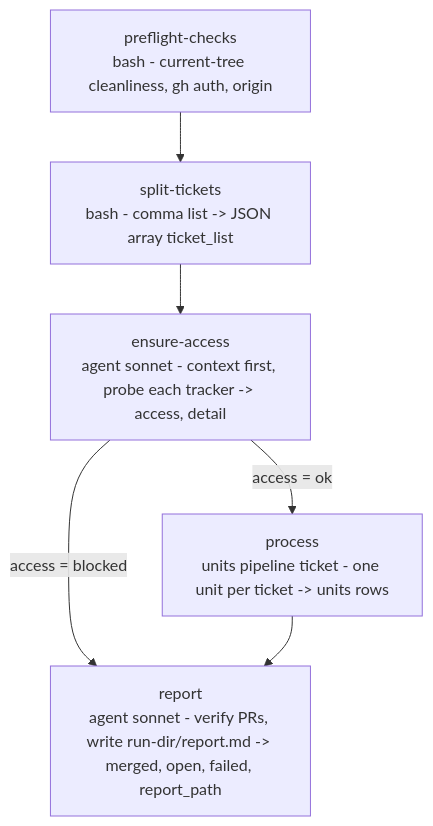
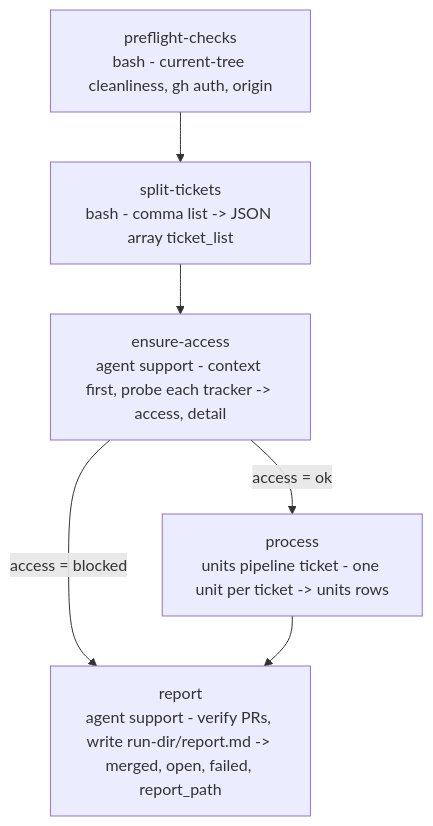
Before and after one commit to e1024kb/wise-claude: the diagram in plugins/wise/workflows/ticket-auto/README.md, drawn with Mermaid. The commit also changed other lines of this file and 70 other files, not shown here.

````diff
--- a/plugins/wise/workflows/ticket-auto/README.md
+++ b/plugins/wise/workflows/ticket-auto/README.md
@@ -66,8 +66,8 @@
 ```mermaid
 flowchart TD
     A[preflight-checks<br/>bash - current-tree cleanliness, gh auth, origin] --> B[split-tickets<br/>bash - comma list -> JSON array ticket_list]
-    B --> C[ensure-access<br/>agent sonnet - context first, probe each tracker -> access, detail]
+    B --> C[ensure-access<br/>agent support - context first, probe each tracker -> access, detail]
     C -->|access = ok| D[process<br/>units pipeline ticket - one unit per ticket -> units rows]
     C -->|access = blocked| E
-    D --> E[report<br/>agent sonnet - verify PRs, write run-dir/report.md -> merged, open, failed, report_path]
+    D --> E[report<br/>agent support - verify PRs, write run-dir/report.md -> merged, open, failed, report_path]
 ```
````
